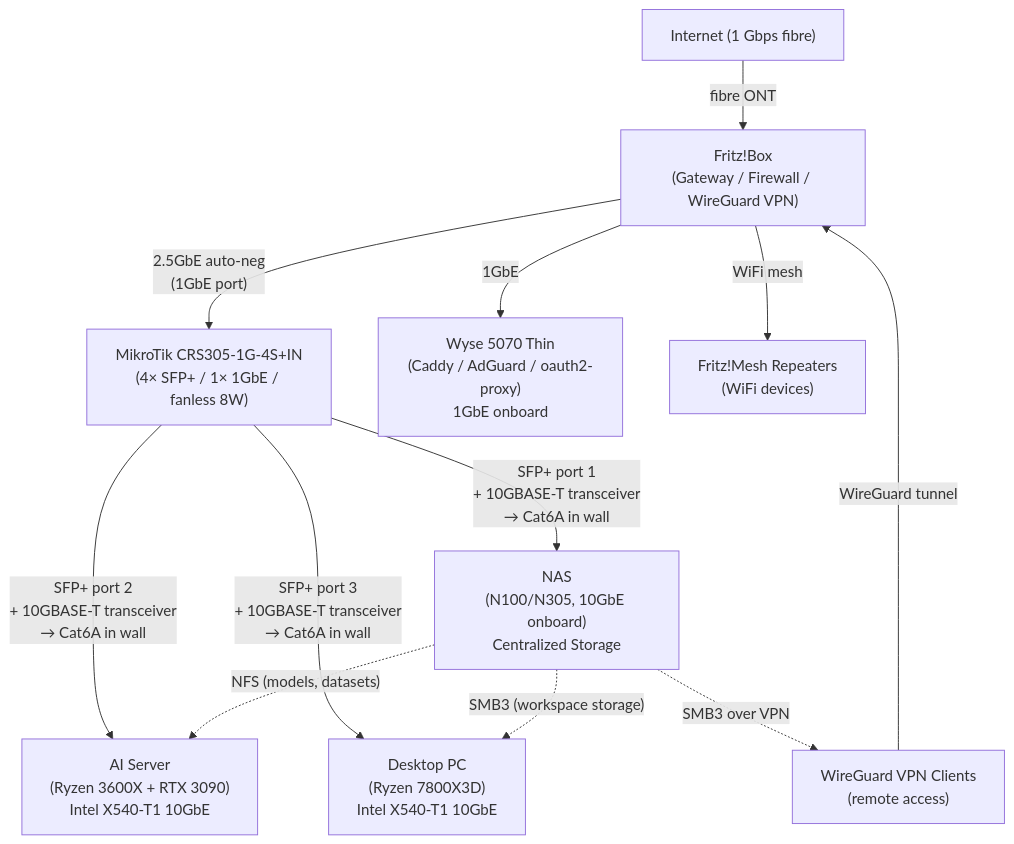
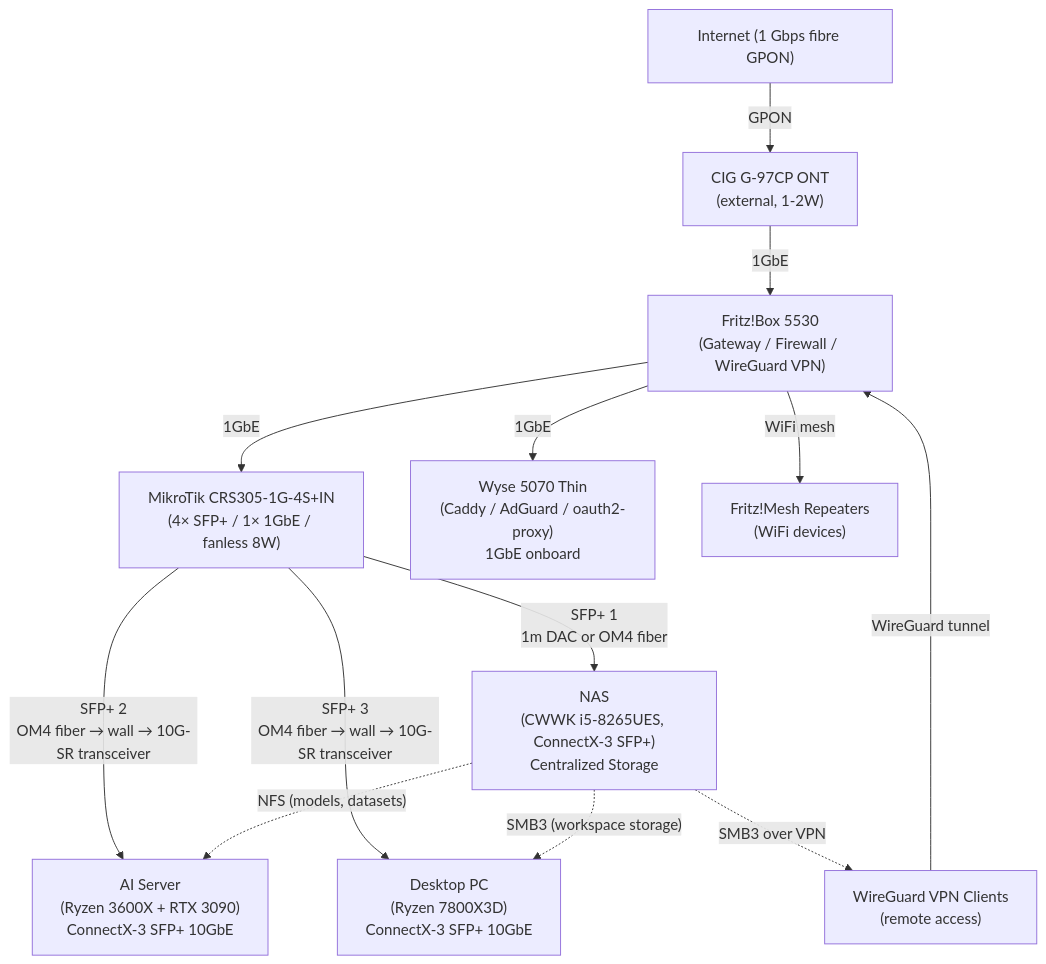
The first of 3 diagrams in notes/charts/network-topology.md (MMastro-Dev/wiki), drawn with Mermaid before and after one commit. The commit also changed other lines of this file and 5 other files, not shown here.

````diff
--- a/notes/charts/network-topology.md
+++ b/notes/charts/network-topology.md
@@ -11,26 +11,28 @@
 ```mermaid
 flowchart TD
-    Internet["Internet (1 Gbps fibre)"]
-    FritzBox["Fritz!Box\n(Gateway / Firewall / WireGuard VPN)"]
+    ONT["CIG G-97CP ONT\n(external, 1-2W)"]
+    FritzBox["Fritz!Box 5530\n(Gateway / Firewall / WireGuard VPN)"]
     Switch["MikroTik CRS305-1G-4S+IN\n(4× SFP+ / 1× 1GbE / fanless 8W)"]
-    NAS["NAS\n(N100/N305, 10GbE onboard)\nCentralized Storage"]
-    AI["AI Server\n(Ryzen 3600X + RTX 3090)\nIntel X540-T1 10GbE"]
-    Desktop["Desktop PC\n(Ryzen 7800X3D)\nIntel X540-T1 10GbE"]
+    NAS["NAS\n(CWWK i5-8265UES, ConnectX-3 SFP+)\nCentralized Storage"]
+    AI["AI Server\n(Ryzen 3600X + RTX 3090)\nConnectX-3 SFP+ 10GbE"]
+    Desktop["Desktop PC\n(Ryzen 7800X3D)\nConnectX-3 SFP+ 10GbE"]
     Wyse["Wyse 5070 Thin\n(Caddy / AdGuard / oauth2-proxy)\n1GbE onboard"]
     Mesh["Fritz!Mesh Repeaters\n(WiFi devices)"]
     VPN["WireGuard VPN Clients\n(remote access)"]
 
-    Internet -->|"fibre ONT"| FritzBox
+    Internet["Internet (1 Gbps fibre GPON)"]
+    Internet -->|"GPON"| ONT
+    ONT -->|"1GbE"| FritzBox
     VPN -->|"WireGuard tunnel"| FritzBox
-    FritzBox -->|"2.5GbE auto-neg\n(1GbE port)"| Switch
+    FritzBox -->|"1GbE"| Switch
     FritzBox -->|"1GbE"| Wyse
     FritzBox -->|"WiFi mesh"| Mesh
 
-    Switch -->|"SFP+ port 1\n+ 10GBASE-T transceiver\n→ Cat6A in wall"| NAS
-    Switch -->|"SFP+ port 2\n+ 10GBASE-T transceiver\n→ Cat6A in wall"| AI
-    Switch -->|"SFP+ port 3\n+ 10GBASE-T transceiver\n→ Cat6A in wall"| Desktop
+    Switch -->|"SFP+ 1\n1m DAC or OM4 fiber"| NAS
+    Switch -->|"SFP+ 2\nOM4 fiber → wall → 10G-SR transceiver"| AI
+    Switch -->|"SFP+ 3\nOM4 fiber → wall → 10G-SR transceiver"| Desktop
 
     NAS -.->|"NFS (models, datasets)"| AI
     NAS -.->|"SMB3 (workspace storage)"| Desktop
     NAS -.->|"SMB3 over VPN"| VPN
 ```
````
